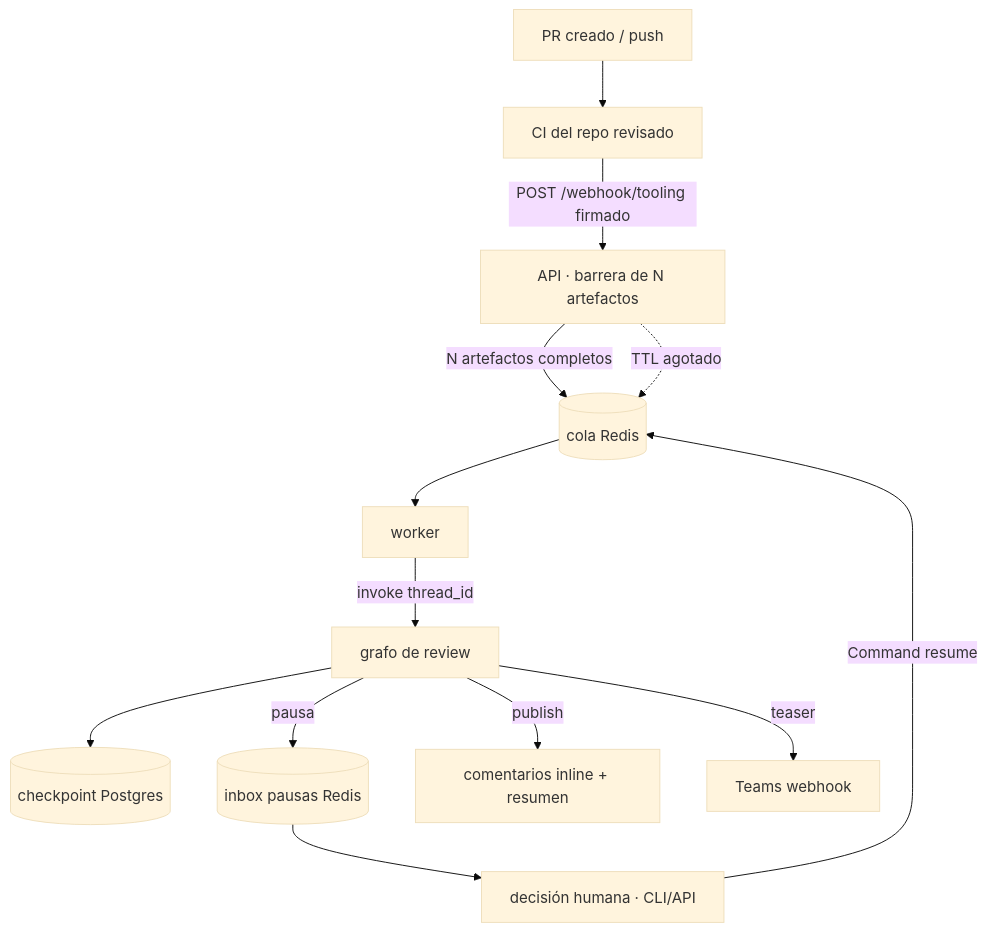
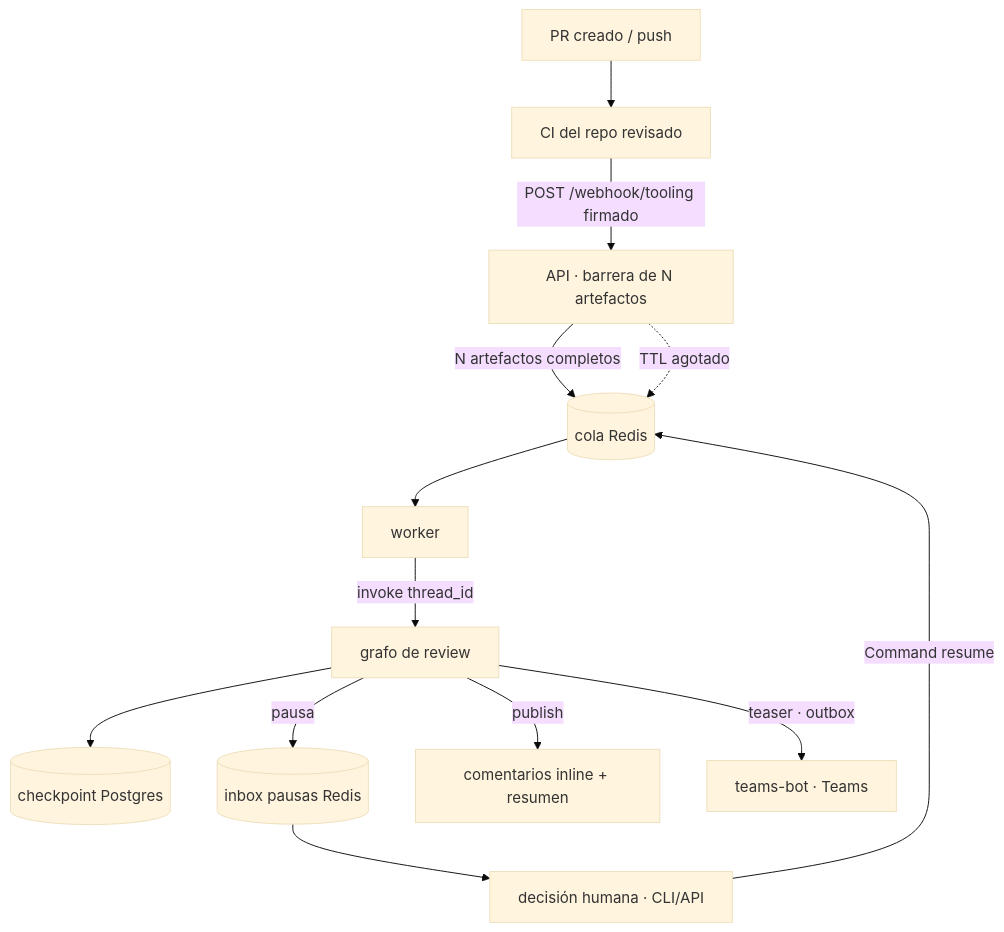
The fourth of 4 diagrams in docs/edu/README.md (pcgarat/agent-review-langgraph), drawn with Mermaid (base theme) before and after one commit. The commit also changed other lines of this file and 16 other files, not shown here.

````diff
--- a/docs/edu/README.md
+++ b/docs/edu/README.md
@@ -168,15 +179,15 @@
 ```mermaid
 flowchart TD
     PR[PR creado / push] --> CI[CI del repo revisado]
     CI -->|POST /webhook/tooling firmado| API[API · barrera de N artefactos]
     API -->|N artefactos completos| Q[(cola Redis)]
     API -.->|TTL agotado| Q
     Q --> W[worker]
     W -->|invoke thread_id| G[grafo de review]
     G --> CP[(checkpoint Postgres)]
     G -->|pausa| INBOX[(inbox pausas Redis)]
     INBOX --> H[decisión humana · CLI/API]
     H -->|Command resume| Q
     G -->|publish| VCS[comentarios inline + resumen]
-    G -->|teaser| TEAMS[Teams webhook]
+    G -->|teaser · outbox| TEAMS[teams-bot · Teams]
 ```
````
